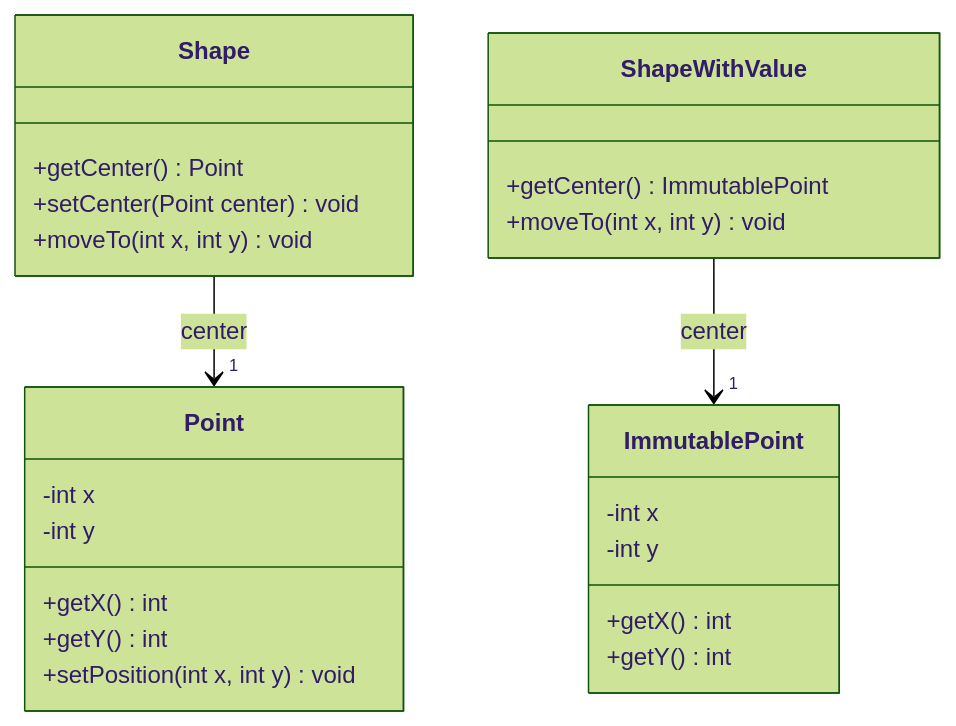
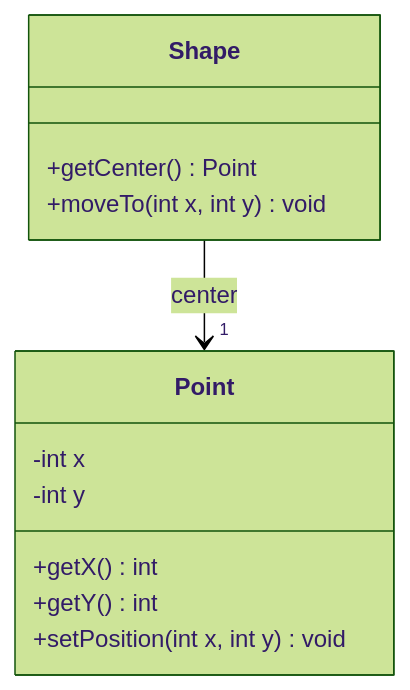
Before and after one commit to cesarfrancoe/OOPConcepts: the first of 3 diagrams in ModernOOP/Immutability.md, drawn with Mermaid (forest theme). The commit also changed other lines of this file, not shown here.

Commit message:
Refactor Immutability documentation: clarify mutable class implementation and enhance explanation of shared point issues

````diff
--- a/ModernOOP/Immutability.md
+++ b/ModernOOP/Immutability.md
@@ -224,27 +122,15 @@
 ```mermaid
 classDiagram
     class Point {
         -int x
         -int y
         +getX() int
         +getY() int
         +setPosition(int x, int y) void
     }
     class Shape {
         +getCenter() Point
-        +setCenter(Point center) void
-        +moveTo(int x, int y) void
-    }
-    class ImmutablePoint {
-        -int x
-        -int y
-        +getX() int
-        +getY() int
-    }
-    class ShapeWithValue {
-        +getCenter() ImmutablePoint
         +moveTo(int x, int y) void
     }
     Shape --> "1" Point : center
-    ShapeWithValue --> "1" ImmutablePoint : center
 ```
````
